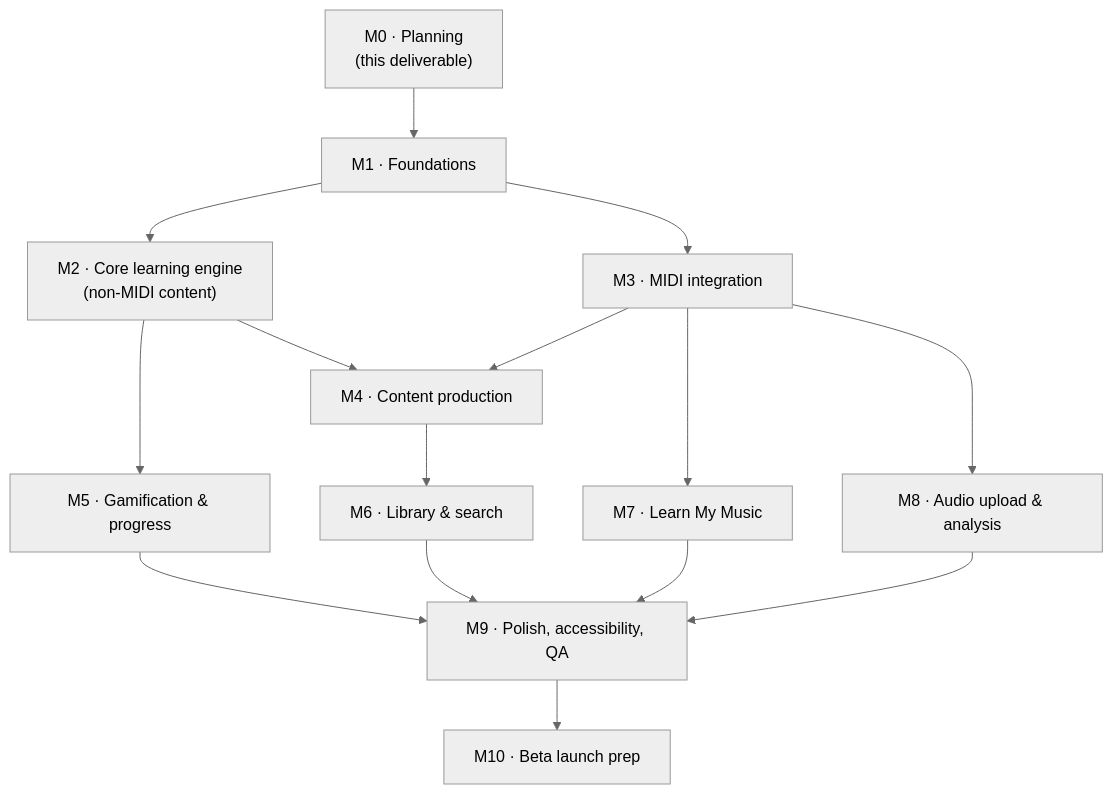
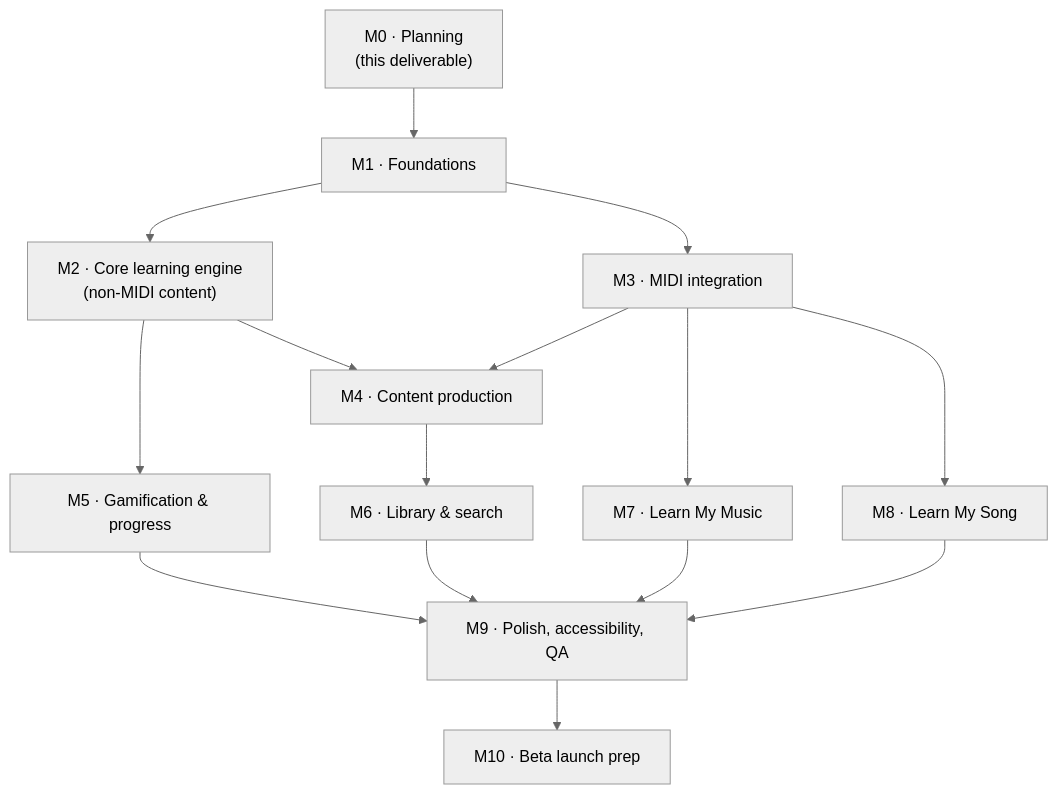
The diagram in docs/05-roadmap.md (IndraKar/keyboard-app), drawn with Mermaid (neutral theme) before and after one commit. The commit also changed other lines of this file and 4 other files, not shown here.

First line of the commit message:
Rebrand to KEYFORGE; add Main Menu, wider ear training, sight reading, and three-mode Learn My Song

````diff
--- a/docs/05-roadmap.md
+++ b/docs/05-roadmap.md
@@ -7,17 +7,17 @@
 ```mermaid
 flowchart TD
     M0["M0 · Planning<br/>(this deliverable)"] --> M1["M1 · Foundations"]
     M1 --> M2["M2 · Core learning engine<br/>(non-MIDI content)"]
     M1 --> M3["M3 · MIDI integration"]
     M2 --> M4["M4 · Content production"]
     M3 --> M4
     M2 --> M5["M5 · Gamification & progress"]
     M4 --> M6["M6 · Library & search"]
     M3 --> M7["M7 · Learn My Music"]
-    M3 --> M8["M8 · Audio upload & analysis"]
+    M3 --> M8["M8 · Learn My Song"]
     M5 --> M9["M9 · Polish, accessibility, QA"]
     M6 --> M9
     M7 --> M9
     M8 --> M9
     M9 --> M10["M10 · Beta launch prep"]
 ```
````
